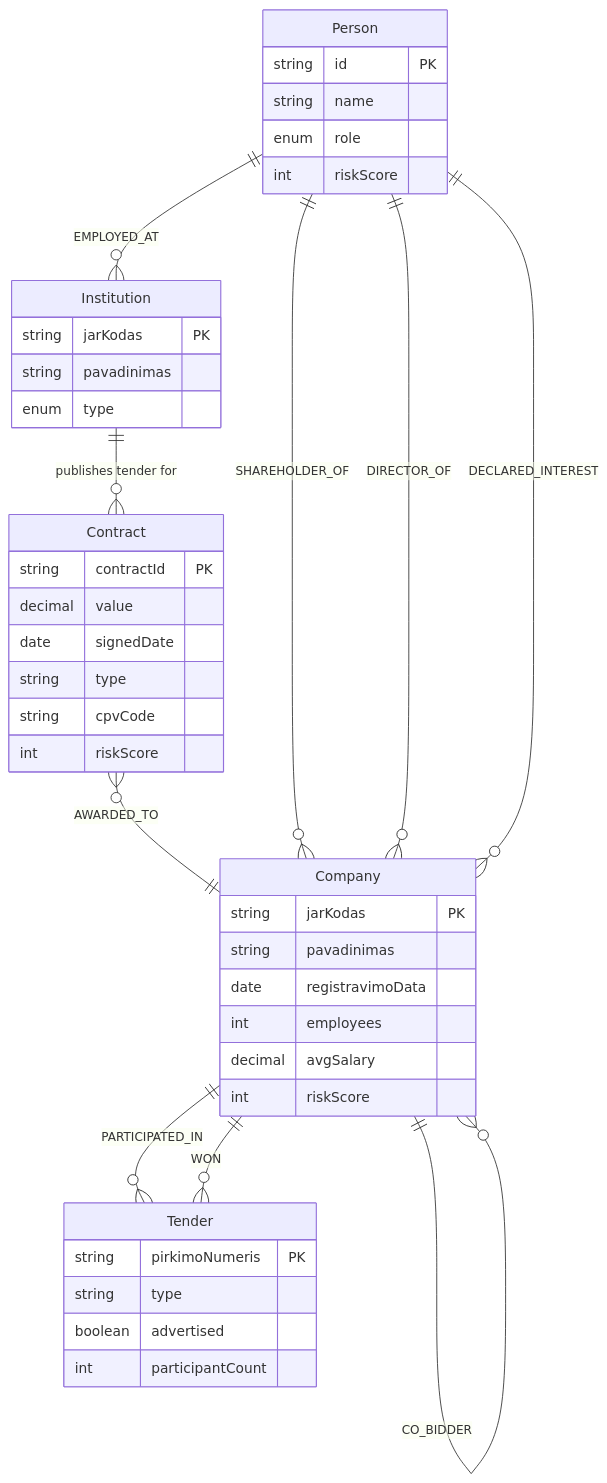
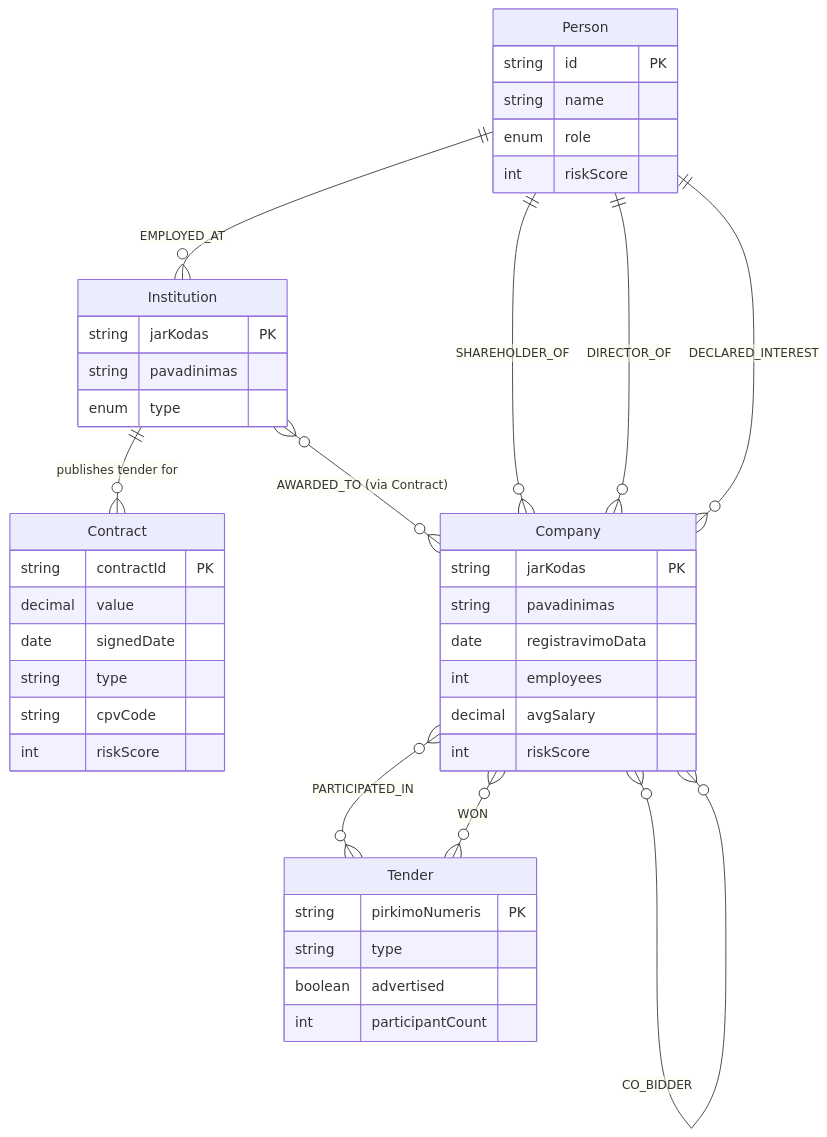
One commit to rimvydasb/risk-intelligence changed the first of 7 diagrams in risk-intelligence-sad.md. Above: the diagram before and after it, drawn with Mermaid. The commit also changed other lines of this file, not shown here.

First line of the commit message:
Address review feedback: fix ER diagram cardinality, clarify stddev threshold, rename variable, add Cypher comment

````diff
--- a/risk-intelligence-sad.md
+++ b/risk-intelligence-sad.md
@@ -376,47 +376,47 @@
 ```mermaid
 erDiagram
     Institution ||--o{ Contract : "publishes tender for"
-    Contract }o--|| Company : "AWARDED_TO"
-    Company ||--o{ Tender : "PARTICIPATED_IN"
-    Company ||--o{ Tender : "WON"
-    Company ||--o{ Company : "SUBCONTRACTED_TO"
-    Company ||--o{ Company : "CO_BIDDER"
+    Institution }o--o{ Company : "AWARDED_TO (via Contract)"
+    Company }o--o{ Tender : "PARTICIPATED_IN"
+    Company }o--o{ Tender : "WON"
+    Company }o--o{ Company : "SUBCONTRACTED_TO"
+    Company }o--o{ Company : "CO_BIDDER"
     Person ||--o{ Company : "SHAREHOLDER_OF"
     Person ||--o{ Company : "DIRECTOR_OF"
     Person ||--o{ Company : "DECLARED_INTEREST"
     Person ||--o{ Institution : "EMPLOYED_AT"
 
     Company {
         string jarKodas PK
         string pavadinimas
         date registravimoData
         int employees
         decimal avgSalary
         int riskScore
     }
     Person {
         string id PK
         string name
         enum role
         int riskScore
     }
     Contract {
         string contractId PK
         decimal value
         date signedDate
         string type
         string cpvCode
         int riskScore
     }
     Institution {
         string jarKodas PK
         string pavadinimas
         enum type
     }
     Tender {
         string pirkimoNumeris PK
         string type
         boolean advertised
         int participantCount
     }
 ```
````
